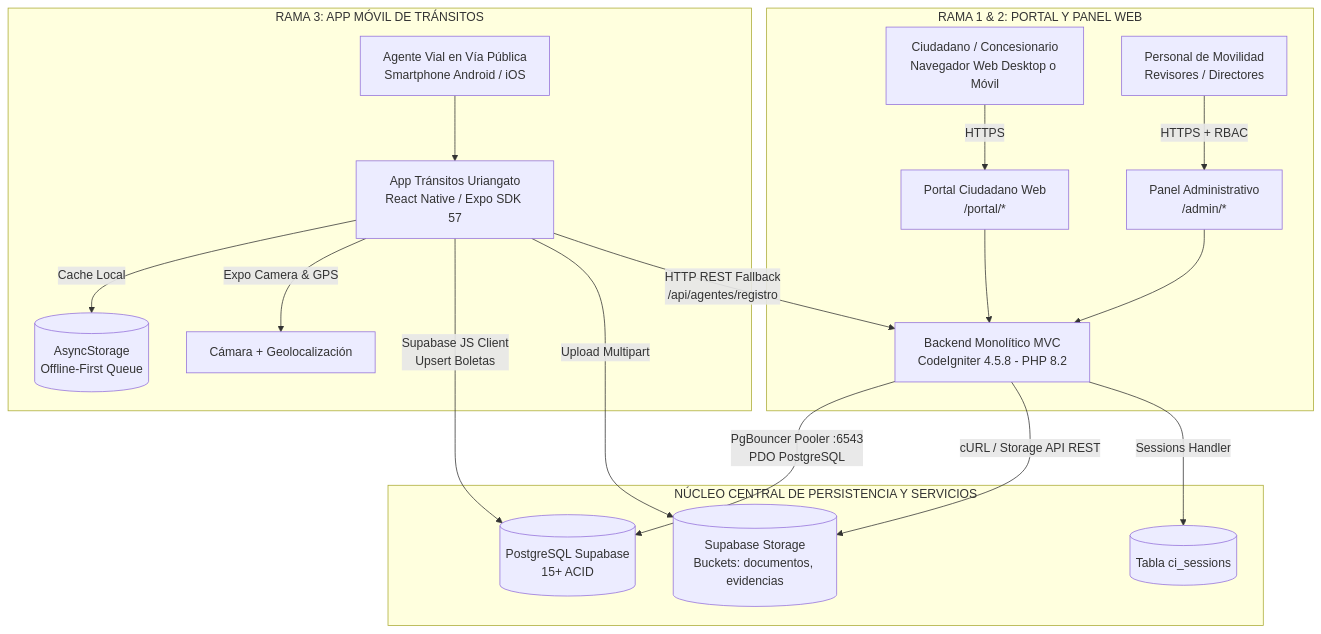
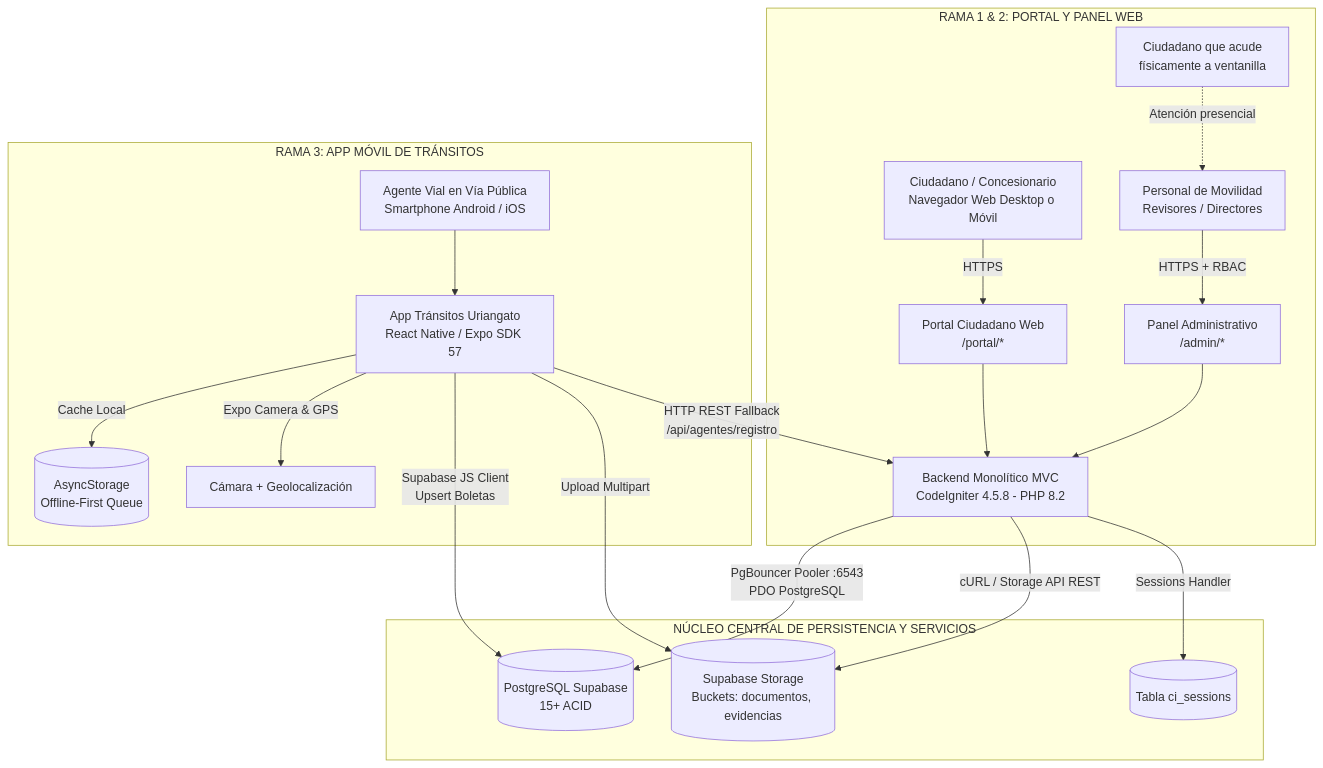
One commit to soportealoraapp/App-Residencias-Ventanilla changed the first of 3 diagrams in DOCUMENTACION_GENERAL.md. Above: the diagram before and after it, drawn with Mermaid. The commit also changed other lines of this file and 2 other files, not shown here.

````diff
--- a/DOCUMENTACION_GENERAL.md
+++ b/DOCUMENTACION_GENERAL.md
@@ -27,24 +27,25 @@
 ```mermaid
 graph TB
     subgraph RAMA_WEB [RAMA 1 & 2: PORTAL Y PANEL WEB]
         CZ[Ciudadano / Concesionario\nNavegador Web Desktop o Móvil] -->|HTTPS| PW[Portal Ciudadano Web\n/portal/*]
+        CZF[Ciudadano que acude\nfísicamente a ventanilla] -.->|Atención presencial| ADM
         ADM[Personal de Movilidad\nRevisores / Directores] -->|HTTPS + RBAC| PA[Panel Administrativo\n/admin/*]
         PW --> CI4[Backend Monolítico MVC\nCodeIgniter 4.5.8 - PHP 8.2]
         PA --> CI4
     end
 
     subgraph RAMA_MOVIL [RAMA 3: APP MÓVIL DE TRÁNSITOS]
         AGT[Agente Vial en Vía Pública\nSmartphone Android / iOS] --> RN[App Tránsitos Uriangato\nReact Native / Expo SDK 57]
         RN -->|Cache Local| AS[(AsyncStorage\nOffline-First Queue)]
         RN -->|Expo Camera & GPS| HW[Cámara + Geolocalización]
     end
 
     subgraph NUCLEO_PERSISTENCIA [NÚCLEO CENTRAL DE PERSISTENCIA Y SERVICIOS]
         CI4 -->|PgBouncer Pooler :6543\nPDO PostgreSQL| PG[(PostgreSQL Supabase\n15+ ACID)]
         CI4 -->|cURL / Storage API REST| STG[(Supabase Storage\nBuckets: documentos, evidencias)]
         CI4 -->|Sessions Handler| SESS[(Tabla ci_sessions)]
         RN -->|Supabase JS Client\nUpsert Boletas| PG
         RN -->|Upload Multipart| STG
         RN -->|HTTP REST Fallback\n/api/agentes/registro| CI4
     end
 ```
````
